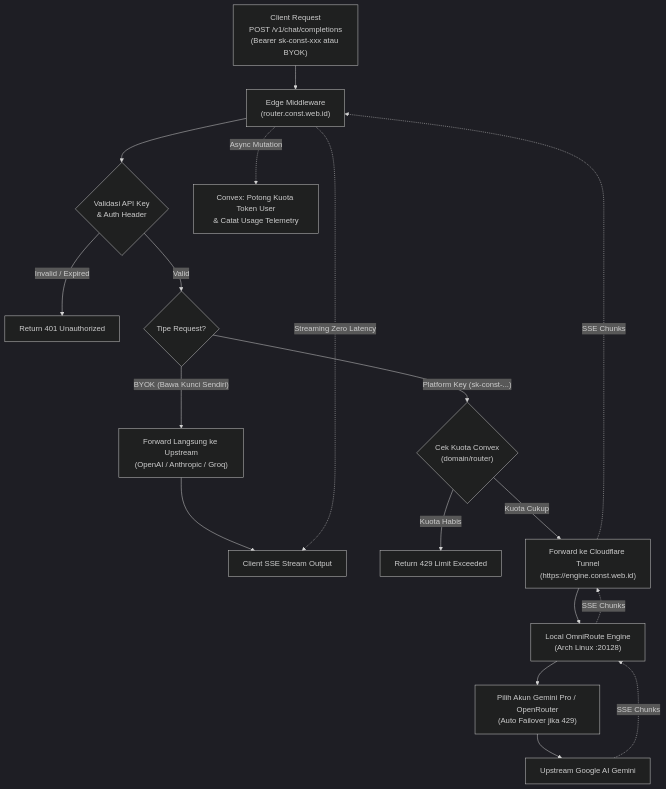
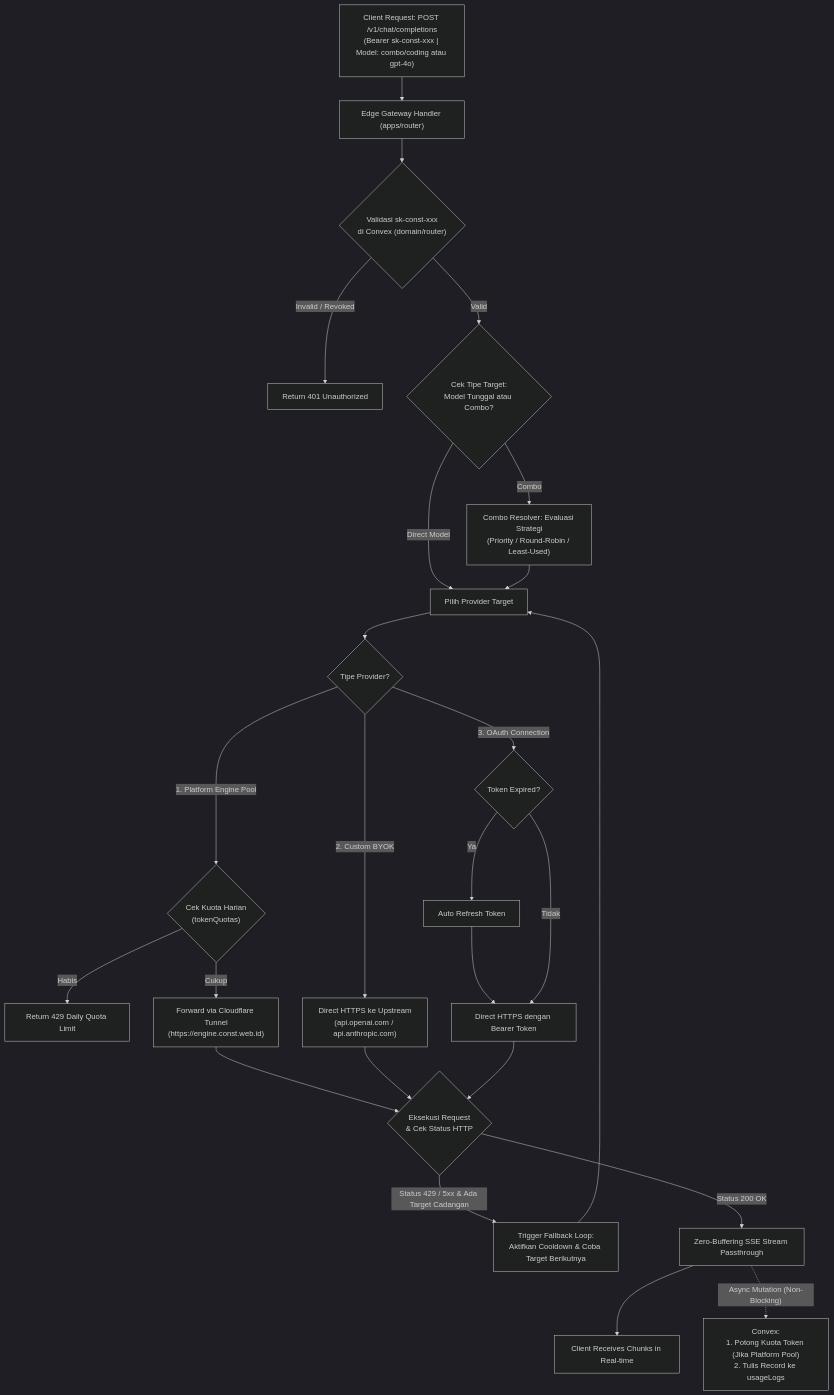
One commit to alifconstantine/const changed the fifth of 6 diagrams in arsitektur.md. Above: the diagram before and after it, drawn with Mermaid (dark theme). The commit also changed other lines of this file, not shown here.

First line of the commit message:
docs(architecture): update const router architecture with omniroute v3.8.51 specifications

````diff
--- a/arsitektur.md
+++ b/arsitektur.md
@@ -424,27 +661,36 @@
 ```mermaid
 flowchart TD
-    ClientReq["Client Request\nPOST /v1/chat/completions\n(Bearer sk-const-xxx atau BYOK)"] --> EdgeMiddleware["Edge Middleware\n(router.const.web.id)"]
+    ClientReq["Client Request: POST /v1/chat/completions\n(Bearer sk-const-xxx | Model: combo/coding atau gpt-4o)"] --> EdgeGateway["Edge Gateway Handler (apps/router)"]
 
-    EdgeMiddleware --> ValidateKey{"Validasi API Key\n& Auth Header"}
-    ValidateKey -- "Invalid / Expired" --> Err401["Return 401 Unauthorized"]
+    EdgeGateway --> AuthCheck{"Validasi sk-const-xxx\ndi Convex (domain/router)"}
+    AuthCheck -- "Invalid / Revoked" --> Err401["Return 401 Unauthorized"]
 
-    ValidateKey -- "Valid" --> CheckMode{"Tipe Request?"}
+    AuthCheck -- "Valid" --> ResolveModel{"Cek Tipe Target:\nModel Tunggal atau Combo?"}
 
-    CheckMode -- "BYOK (Bawa Kunci Sendiri)" --> ForwardBYOK["Forward Langsung ke Upstream\n(OpenAI / Anthropic / Groq)"]
-    ForwardBYOK --> StreamOut
+    ResolveModel -- "Combo" --> ComboResolver["Combo Resolver: Evaluasi Strategi\n(Priority / Round-Robin / Least-Used)"]
+    ResolveModel -- "Direct Model" --> RouteTarget["Pilih Provider Target"]
 
-    CheckMode -- "Platform Key (sk-const-...)" --> CheckQuota{"Cek Kuota Convex\n(domain/router)"}
-    CheckQuota -- "Kuota Habis" --> Err429["Return 429 Limit Exceeded"]
-    CheckQuota -- "Kuota Cukup" --> ForwardTunnel["Forward ke Cloudflare Tunnel\n(https://engine.const.web.id)"]
+    ComboResolver --> RouteTarget
 
-    ForwardTunnel --> LocalOmni["Local OmniRoute Engine\n(Arch Linux :20128)"]
-    LocalOmni --> RoundRobinPool["Pilih Akun Gemini Pro / OpenRouter\n(Auto Failover jika 429)"]
-    RoundRobinPool --> UpstreamAI["Upstream Google AI Gemini"]
+    RouteTarget --> CheckProviderType{"Tipe Provider?"}
 
-    UpstreamAI -.->|"SSE Chunks"| LocalOmni
-    LocalOmni -.->|"SSE Chunks"| ForwardTunnel
-    ForwardTunnel -.->|"SSE Chunks"| EdgeMiddleware
+    CheckProviderType -- "1. Platform Engine Pool" --> CheckQuota{"Cek Kuota Harian\n(tokenQuotas)"}
+    CheckQuota -- "Habis" --> Err429["Return 429 Daily Quota Limit"]
+    CheckQuota -- "Cukup" --> ForwardTunnel["Forward via Cloudflare Tunnel\n(https://engine.const.web.id)"]
 
-    EdgeMiddleware -.->|"Streaming Zero Latency"| StreamOut["Client SSE Stream Output"]
-    EdgeMiddleware -.->|"Async Mutation"| DeductQuota["Convex: Potong Kuota Token User\n& Catat Usage Telemetry"]
+    CheckProviderType -- "2. Custom BYOK" --> DirectBYOK["Direct HTTPS ke Upstream\n(api.openai.com / api.anthropic.com)"]
+
+    CheckProviderType -- "3. OAuth Connection" --> OAuthCheck{"Token Expired?"}
+    OAuthCheck -- "Ya" --> RefreshToken["Auto Refresh Token"] --> DirectOAuth["Direct HTTPS dengan Bearer Token"]
+    OAuthCheck -- "Tidak" --> DirectOAuth
+
+    ForwardTunnel & DirectBYOK & DirectOAuth --> ExecuteStream{"Eksekusi Request\n& Cek Status HTTP"}
+
+    ExecuteStream -- "Status 429 / 5xx & Ada Target Cadangan" --> TriggerFallback["Trigger Fallback Loop:\nAktifkan Cooldown & Coba Target Berikutnya"]
+    TriggerFallback --> RouteTarget
+
+    ExecuteStream -- "Status 200 OK" --> StreamPass["Zero-Buffering SSE Stream Passthrough"]
+    StreamPass --> ClientOutput["Client Receives Chunks in Real-time"]
+
+    StreamPass -.->|"Async Mutation (Non-Blocking)"| LogTelemetry["Convex:\n1. Potong Kuota Token (Jika Platform Pool)\n2. Tulis Record ke usageLogs"]
 ```
````
